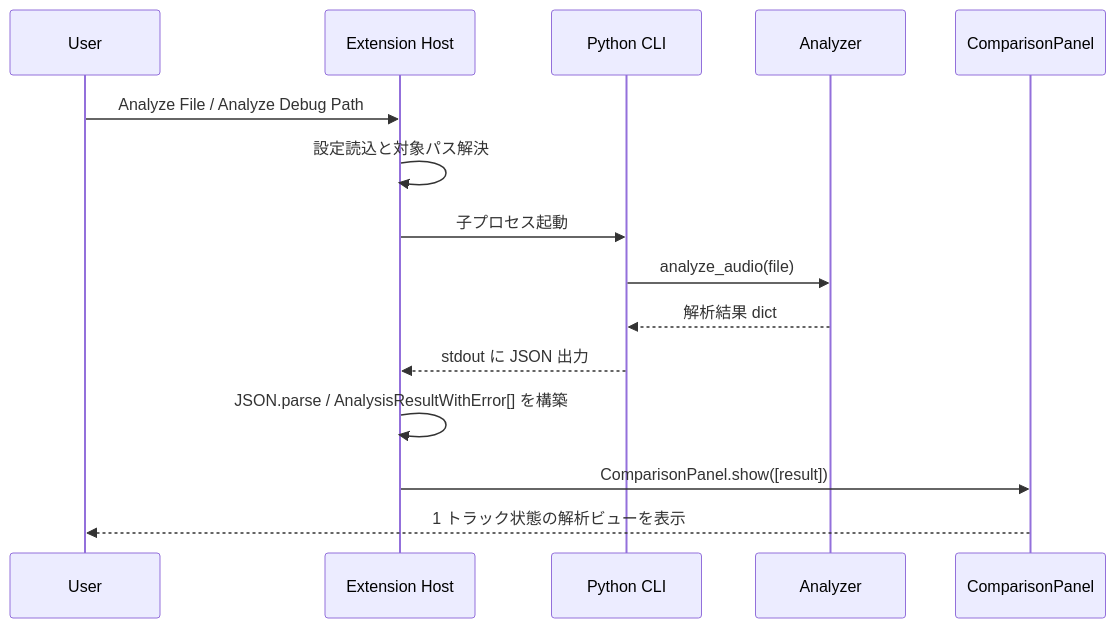
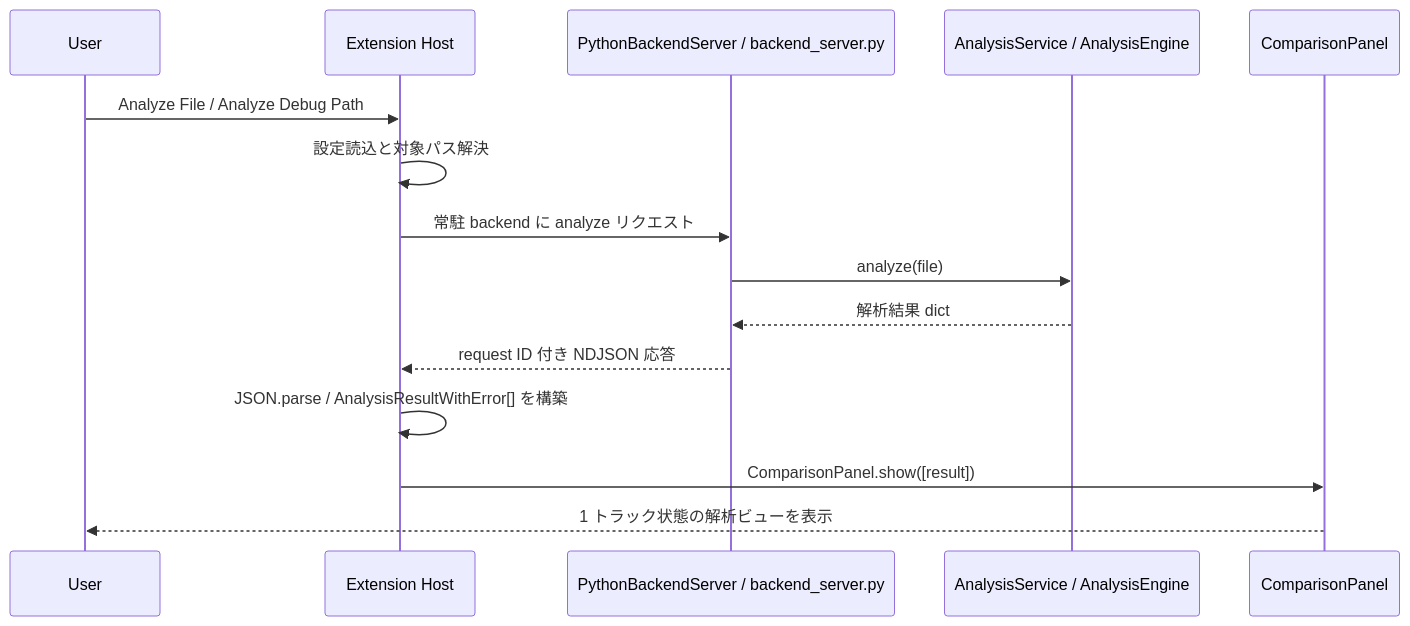
Before and after one commit to kasahart/audio-wandas-analyzer: the third of 4 diagrams in docs/architecture.md, drawn with Mermaid. The commit also changed other lines of this file and 17 other files, not shown here.

Commit message:
Remove obsolete analyzer entry points and refresh architecture docs (#230)

````diff
--- a/docs/architecture.md
+++ b/docs/architecture.md
@@ -302,18 +300,18 @@
 ```mermaid
 sequenceDiagram
     participant U as User
     participant E as Extension Host
-    participant P as Python CLI
-    participant A as Analyzer
+    participant P as PythonBackendServer / backend_server.py
+    participant A as AnalysisService / AnalysisEngine
     participant C as ComparisonPanel
 
     U->>E: Analyze File / Analyze Debug Path
     E->>E: 設定読込と対象パス解決
-    E->>P: 子プロセス起動
-    P->>A: analyze_audio(file)
+    E->>P: 常駐 backend に analyze リクエスト
+    P->>A: analyze(file)
     A-->>P: 解析結果 dict
-    P-->>E: stdout に JSON 出力
+    P-->>E: request ID 付き NDJSON 応答
     E->>E: JSON.parse / AnalysisResultWithError[] を構築
     E->>C: ComparisonPanel.show([result])
     C-->>U: 1 トラック状態の解析ビューを表示
 ```
````
